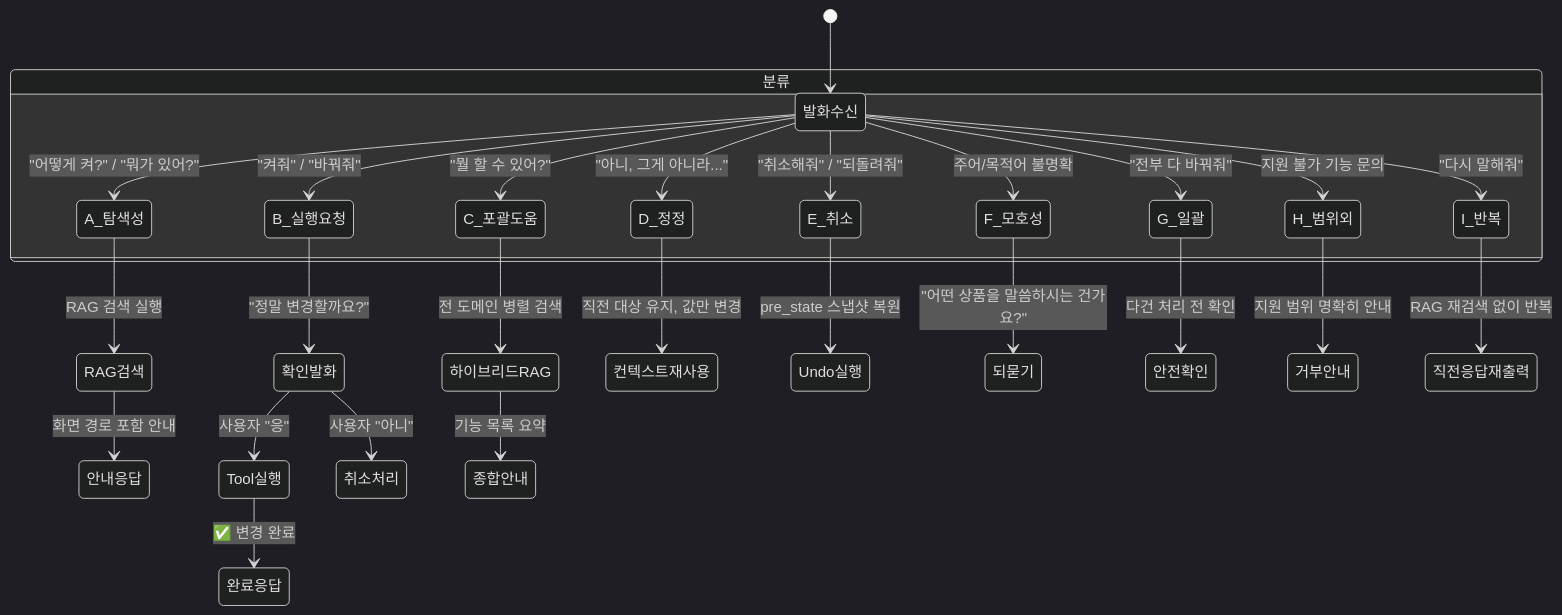
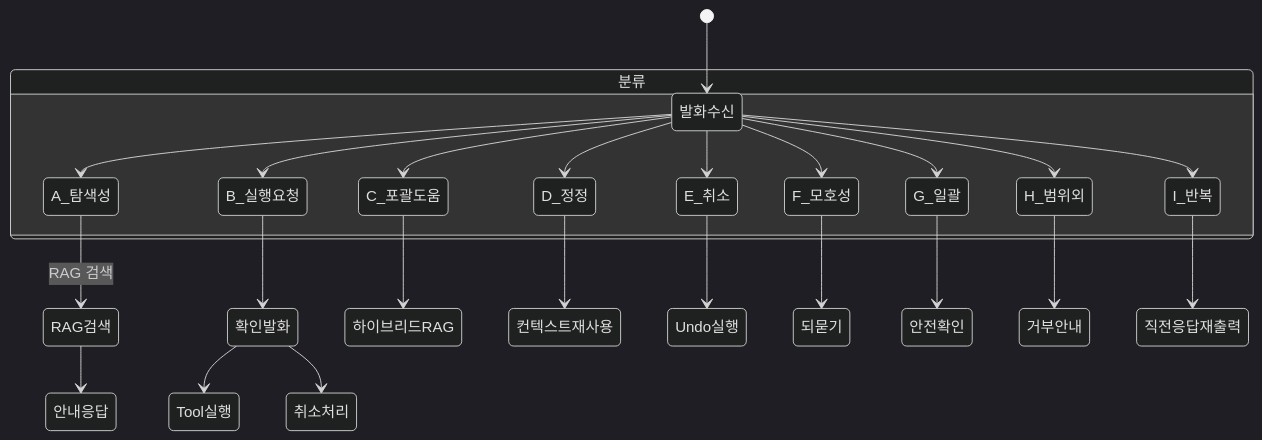
The second of 7 diagrams in docs/SELFSERVICE_AI_ASSISTANT_INTRODUCTION.md (hak023/sip_pbx), drawn with Mermaid (dark theme) before and after one commit. The commit also changed other lines of this file, not shown here.

````diff
--- a/docs/SELFSERVICE_AI_ASSISTANT_INTRODUCTION.md
+++ b/docs/SELFSERVICE_AI_ASSISTANT_INTRODUCTION.md
@@ -83,34 +346,27 @@
 ```mermaid
 stateDiagram-v2
     [*] --> 발화수신
-
     state 분류 {
-        발화수신 --> A_탐색성: "어떻게 켜?" / "뭐가 있어?"
-        발화수신 --> B_실행요청: "켜줘" / "바꿔줘"
-        발화수신 --> C_포괄도움: "뭘 할 수 있어?"
-        발화수신 --> D_정정: "아니, 그게 아니라..."
-        발화수신 --> E_취소: "취소해줘" / "되돌려줘"
-        발화수신 --> F_모호성: 주어/목적어 불명확
-        발화수신 --> G_일괄: "전부 다 바꿔줘"
-        발화수신 --> H_범위외: 지원 불가 기능 문의
-        발화수신 --> I_반복: "다시 말해줘"
+        발화수신 --> A_탐색성
+        발화수신 --> B_실행요청
+        발화수신 --> C_포괄도움
+        발화수신 --> D_정정
+        발화수신 --> E_취소
+        발화수신 --> F_모호성
+        발화수신 --> G_일괄
+        발화수신 --> H_범위외
+        발화수신 --> I_반복
     }
-
-    A_탐색성 --> RAG검색 : RAG 검색 실행
-    RAG검색 --> 안내응답 : 화면 경로 포함 안내
-
-    B_실행요청 --> 확인발화 : "정말 변경할까요?"
-    확인발화 --> Tool실행 : 사용자 "응"
-    확인발화 --> 취소처리 : 사용자 "아니"
-    Tool실행 --> 완료응답 : ✅ 변경 완료
-
-    C_포괄도움 --> 하이브리드RAG : 전 도메인 병렬 검색
-    하이브리드RAG --> 종합안내 : 기능 목록 요약
-
-    D_정정 --> 컨텍스트재사용 : 직전 대상 유지, 값만 변경
-    E_취소 --> Undo실행 : pre_state 스냅샷 복원
-    F_모호성 --> 되묻기 : "어떤 상품을 말씀하시는 건가요?"
-    G_일괄 --> 안전확인 : 다건 처리 전 확인
-    H_범위외 --> 거부안내 : 지원 범위 명확히 안내
-    I_반복 --> 직전응답재출력 : RAG 재검색 없이 반복
+    A_탐색성 --> RAG검색 : RAG 검색
+    RAG검색 --> 안내응답
+    B_실행요청 --> 확인발화
+    확인발화 --> Tool실행
+    확인발화 --> 취소처리
+    C_포괄도움 --> 하이브리드RAG
+    D_정정 --> 컨텍스트재사용
+    E_취소 --> Undo실행
+    F_모호성 --> 되묻기
+    G_일괄 --> 안전확인
+    H_범위외 --> 거부안내
+    I_반복 --> 직전응답재출력
 ```
````
